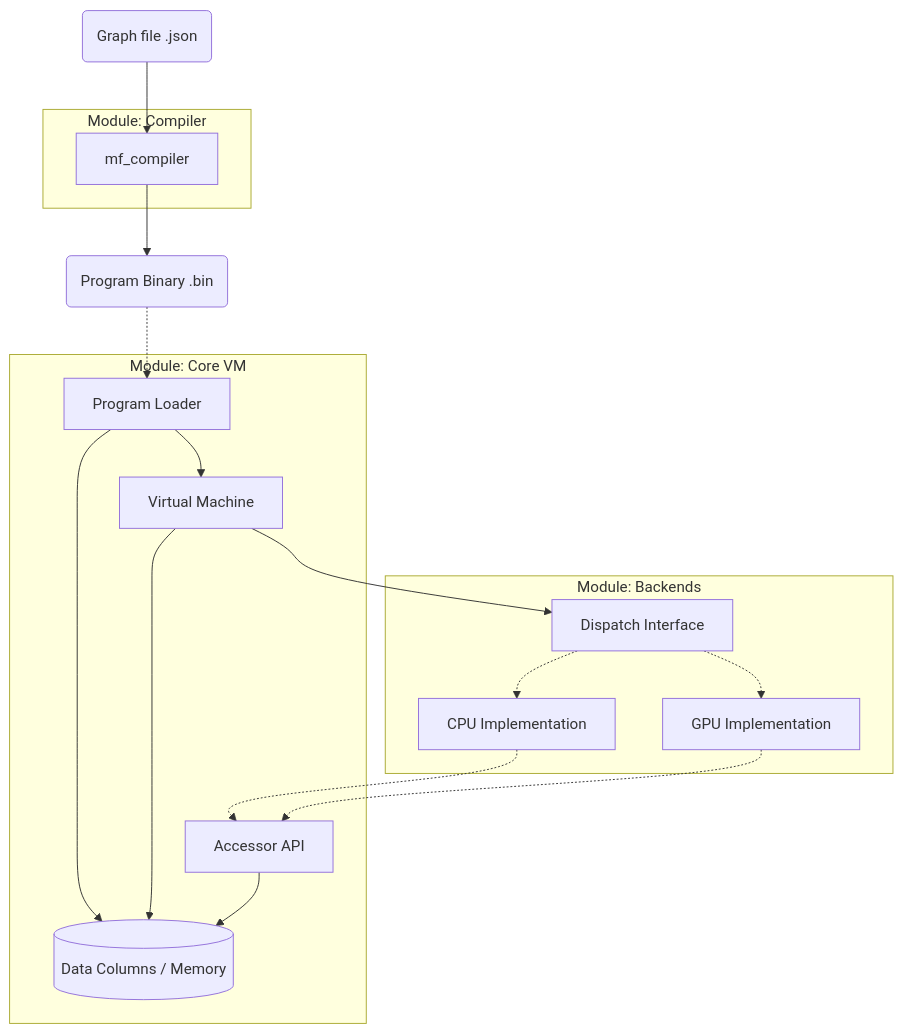
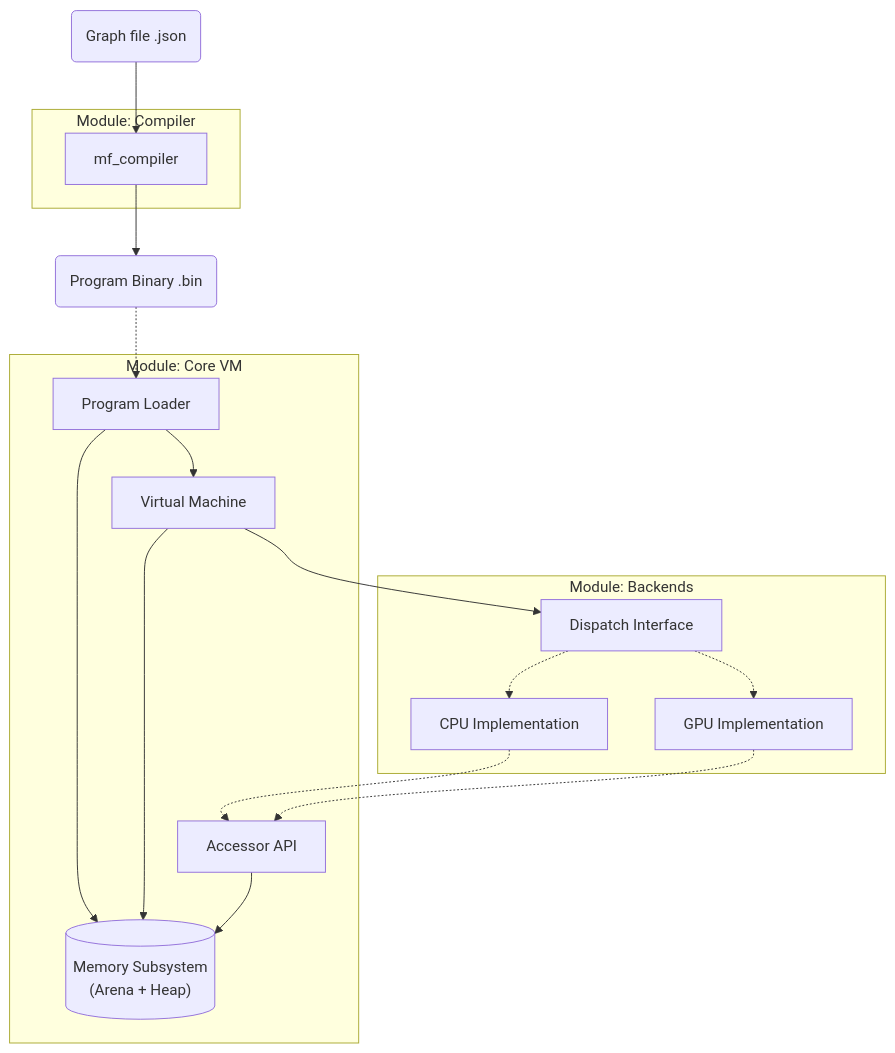
One commit to BinaryCat17/MathFlow changed the diagram in docs/architecture.md. Above: the diagram before and after it, drawn with Mermaid. The commit also changed other lines of this file, not shown here.

Commit message:
docs: Update Architecture to reflect Dynamic Memory Model

````diff
--- a/docs/architecture.md
+++ b/docs/architecture.md
@@ -9,46 +9,46 @@
 ```mermaid
 flowchart TD
     %% Assets
     JSON("Graph file .json")
     BIN("Program Binary .bin")
 
     %% Module: Compiler
     subgraph "Module: Compiler"
         Compiler[mf_compiler]
     end
 
     %% Module: Core VM
     subgraph "Module: Core VM"
         Loader[Program Loader]
         VM[Virtual Machine]
-        Memory[("Data Columns / Memory")]
+        Memory[("Memory Subsystem\n(Arena + Heap)")]
         API["Accessor API"]
     end
 
     %% Backends
     subgraph "Module: Backends"
         Interface[Dispatch Interface]
         CPU[CPU Implementation]
         GPU[GPU Implementation]
         
         Interface -.-> CPU
         Interface -.-> GPU
     end
 
     %% Flow
     JSON --> Compiler
     
     Compiler --> BIN
     
     BIN -.-> Loader
     Loader --> Memory
     Loader --> VM
     
     VM --> Memory
     VM --> Interface
     
     %% Memory Access via API
     CPU -.-> API
     GPU -.-> API
     API --> Memory
 ```
````
